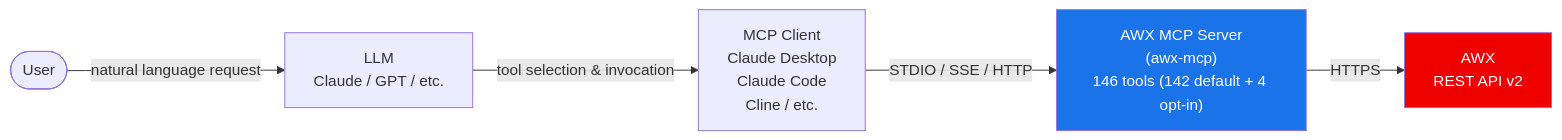
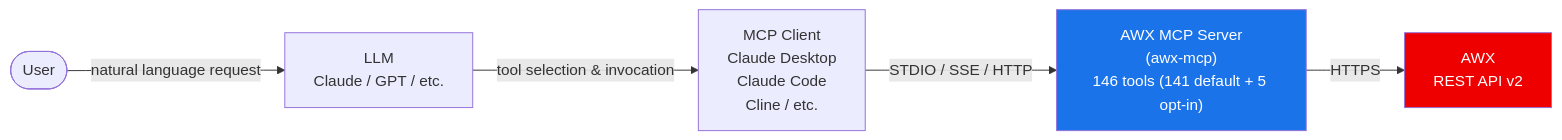
One commit to lycorp-jp/awx-mcp changed the diagram in README.md. Above: the diagram before and after it, drawn with Mermaid. The commit also changed other lines of this file and 22 other files, not shown here.

````diff
--- a/README.md
+++ b/README.md
@@ -91,16 +92,16 @@
 ```mermaid
 flowchart LR
     User([User])
     LLM[LLM<br/>Claude / GPT / etc.]
     MCP[MCP Client<br/>Claude Desktop<br/>Claude Code<br/>Cline / etc.]
-    AWX_MCP["AWX MCP Server<br/>(awx-mcp)<br/>146 tools (142 default + 4 opt-in)"]
+    AWX_MCP["AWX MCP Server<br/>(awx-mcp)<br/>146 tools (141 default + 5 opt-in)"]
     AWX[AWX<br/>REST API v2]
 
     User -- natural language request --> LLM
     LLM -- tool selection & invocation --> MCP
     MCP -- "STDIO / SSE / HTTP" --> AWX_MCP
     AWX_MCP -- HTTPS --> AWX
 
     style AWX_MCP fill:#1a73e8,color:#fff
     style AWX fill:#ee0000,color:#fff
 ```
````
